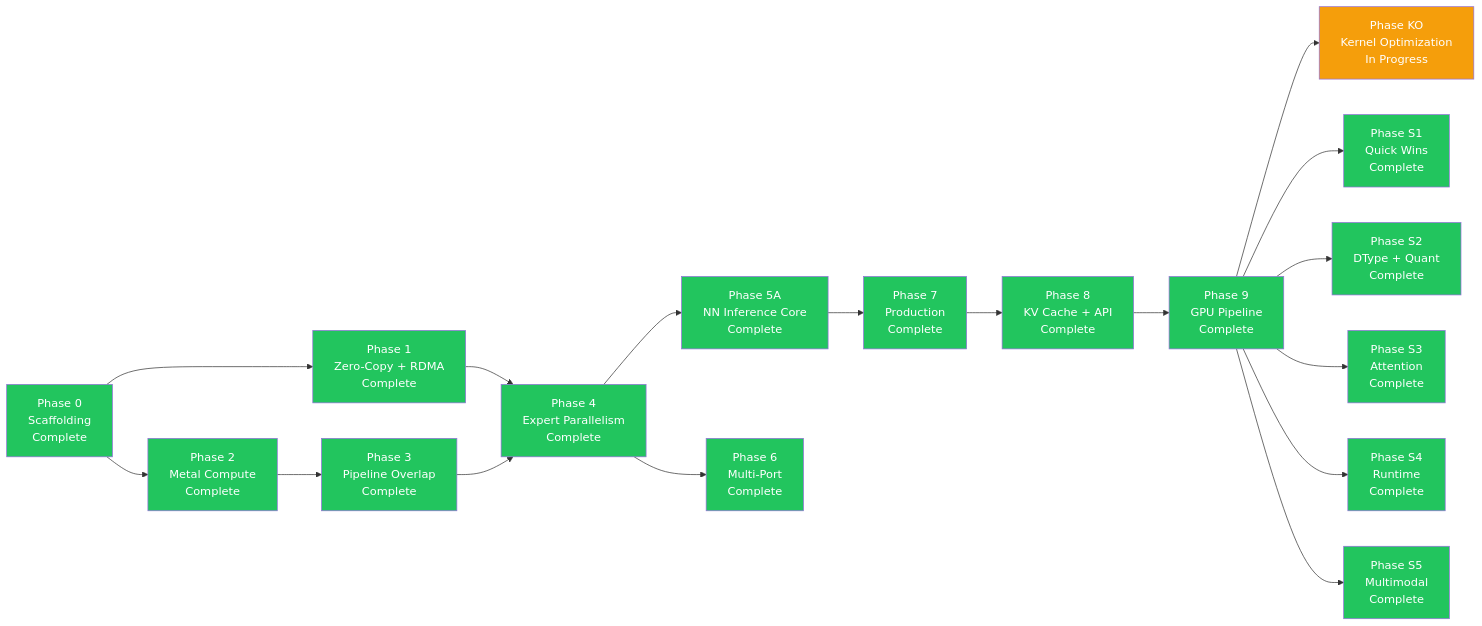
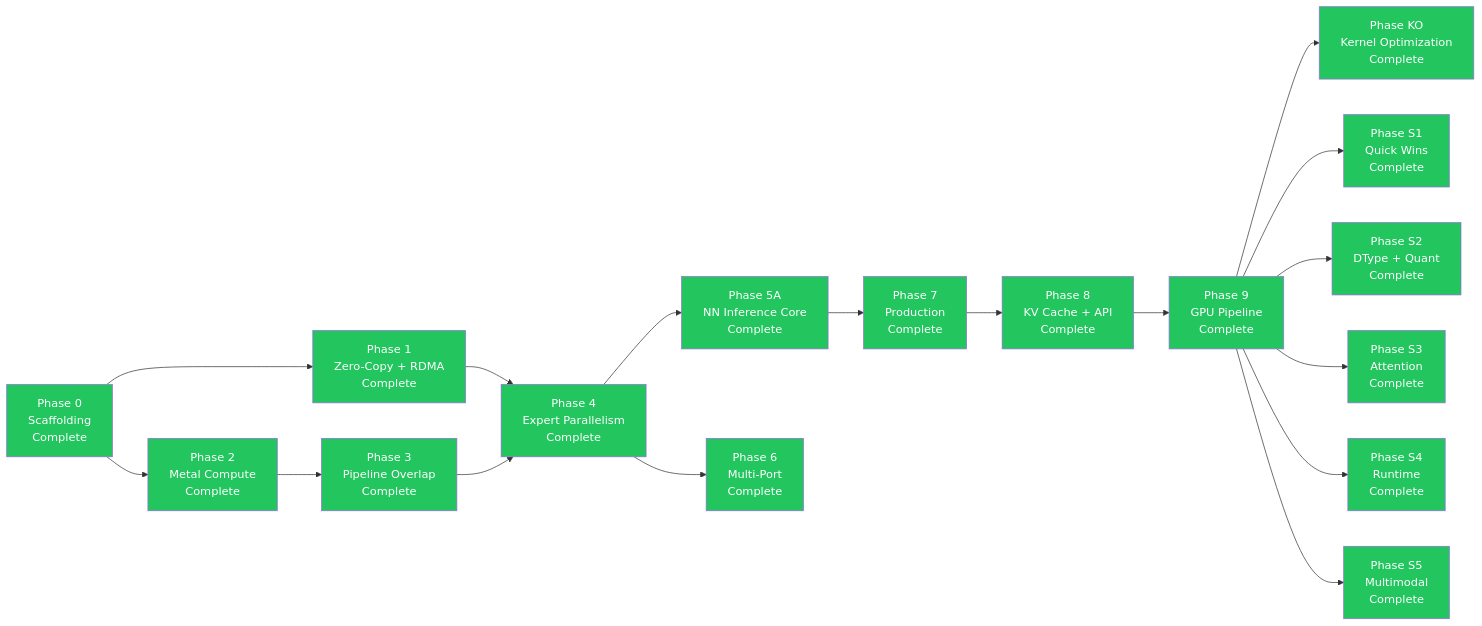
One commit to 0xDaizz/RMLX changed the diagram in docs/roadmap/phases.md. Above: the diagram before and after it, drawn with Mermaid. The commit also changed other lines of this file and 8 other files, not shown here.

````diff
--- a/docs/roadmap/phases.md
+++ b/docs/roadmap/phases.md
@@ -136,55 +143,55 @@
 ```mermaid
 graph LR
     P0["Phase 0<br/>Scaffolding<br/>Complete"]
     P1["Phase 1<br/>Zero-Copy + RDMA<br/>Complete"]
     P2["Phase 2<br/>Metal Compute<br/>Complete"]
     P3["Phase 3<br/>Pipeline Overlap<br/>Complete"]
     P4["Phase 4<br/>Expert Parallelism<br/>Complete"]
     P5A["Phase 5A<br/>NN Inference Core<br/>Complete"]
     P6["Phase 6<br/>Multi-Port<br/>Complete"]
     P7["Phase 7<br/>Production<br/>Complete"]
     P8["Phase 8<br/>KV Cache + API<br/>Complete"]
     P9["Phase 9<br/>GPU Pipeline<br/>Complete"]
-    PKO["Phase KO<br/>Kernel Optimization<br/>In Progress"]
+    PKO["Phase KO<br/>Kernel Optimization<br/>Complete"]
 
     P0 --> P1
     P0 --> P2
     P2 --> P3
     P1 --> P4
     P3 --> P4
     P4 --> P5A
     P4 --> P6
     P5A --> P7
     P7 --> P8
     P8 --> P9
     P9 --> PKO
 
     PS1["Phase S1<br/>Quick Wins<br/>Complete"]
     PS2["Phase S2<br/>DType + Quant<br/>Complete"]
     PS3["Phase S3<br/>Attention<br/>Complete"]
     PS4["Phase S4<br/>Runtime<br/>Complete"]
     PS5["Phase S5<br/>Multimodal<br/>Complete"]
 
     P9 --> PS1
     P9 --> PS2
     P9 --> PS3
     P9 --> PS4
     P9 --> PS5
 
     style P0 fill:#22c55e,color:#fff
     style P1 fill:#22c55e,color:#fff
     style P2 fill:#22c55e,color:#fff
     style P3 fill:#22c55e,color:#fff
     style P4 fill:#22c55e,color:#fff
     style P5A fill:#22c55e,color:#fff
     style P6 fill:#22c55e,color:#fff
     style P7 fill:#22c55e,color:#fff
     style P8 fill:#22c55e,color:#fff
     style P9 fill:#22c55e,color:#fff
-    style PKO fill:#f59e0b,color:#fff
+    style PKO fill:#22c55e,color:#fff
     style PS1 fill:#22c55e,color:#fff
     style PS2 fill:#22c55e,color:#fff
     style PS3 fill:#22c55e,color:#fff
     style PS4 fill:#22c55e,color:#fff
     style PS5 fill:#22c55e,color:#fff
 ```
````
